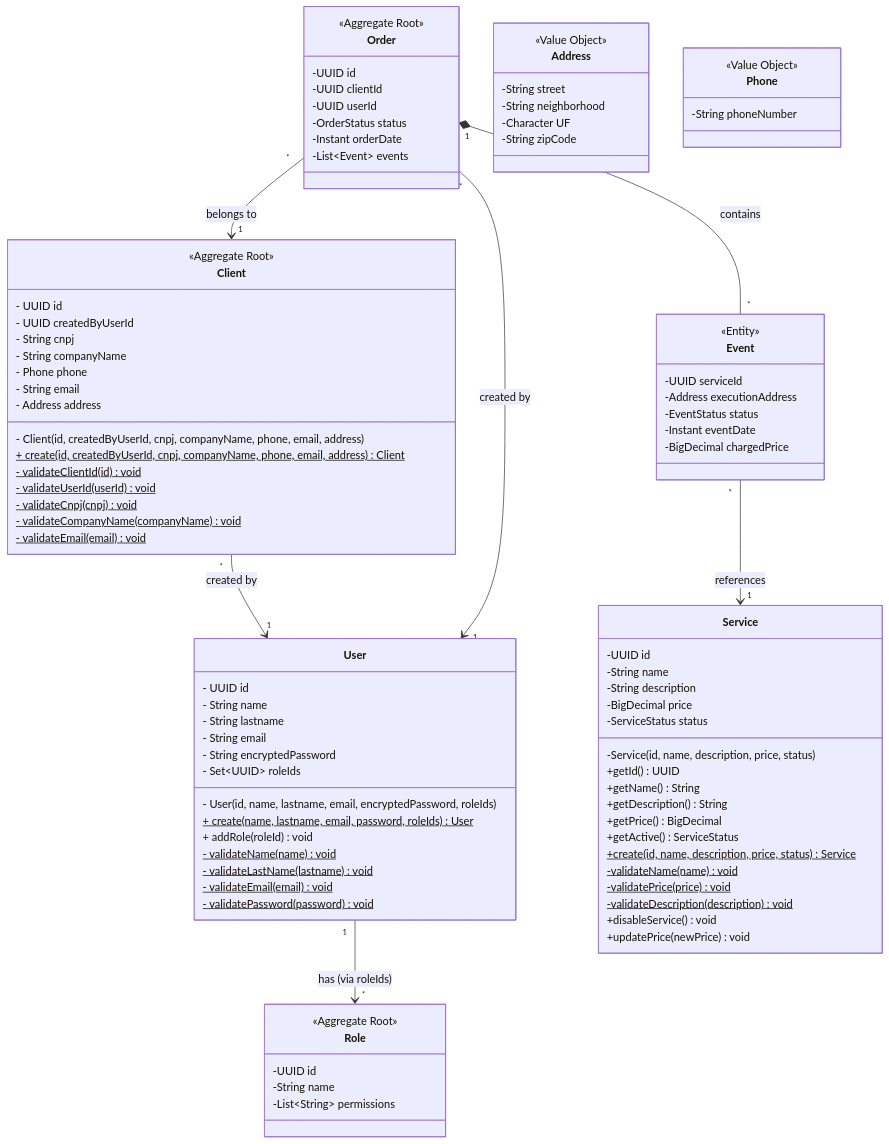
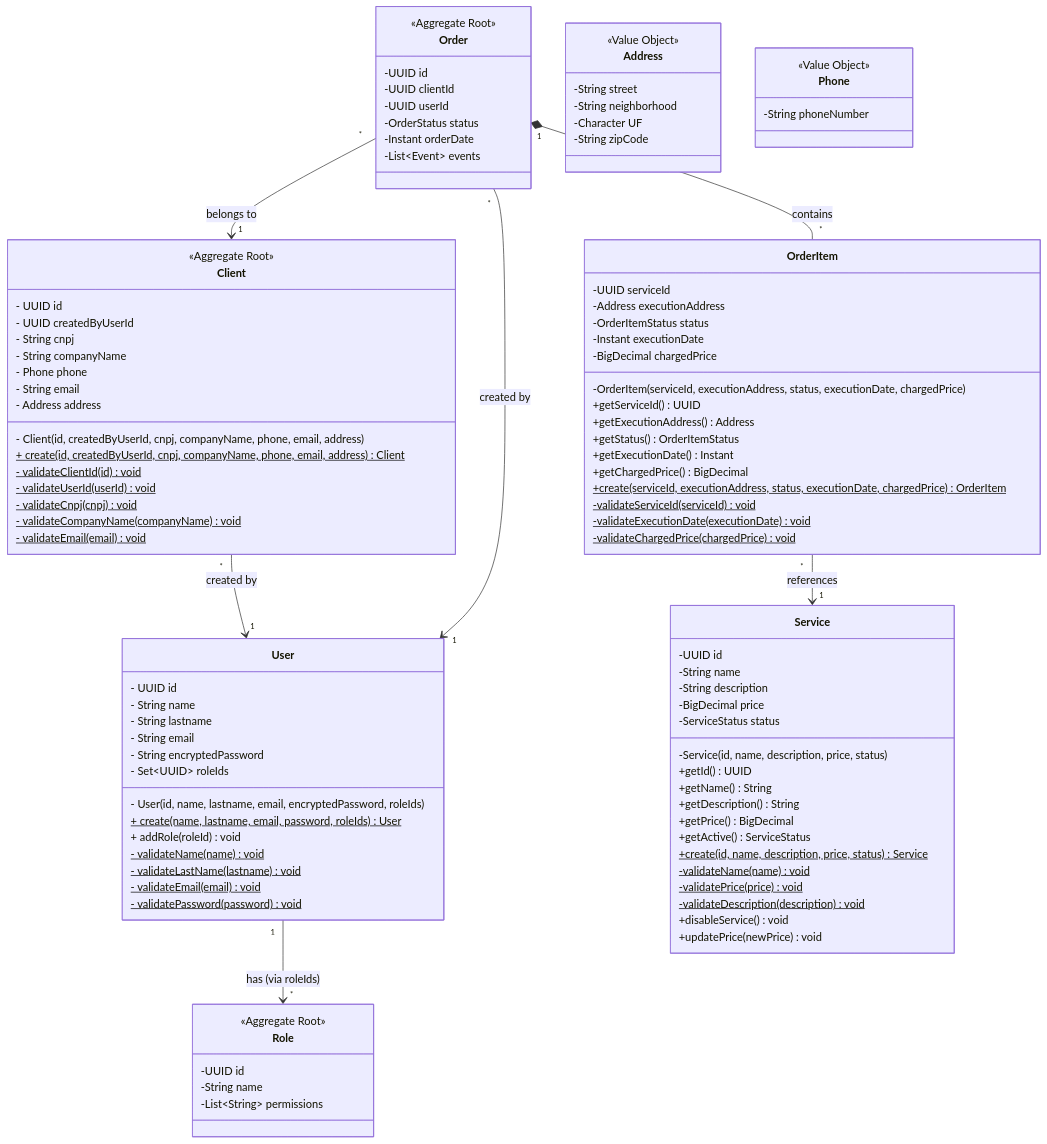
One commit to GibsonCS/speed changed the diagram in README.md. Above: the diagram before and after it, drawn with Mermaid.

Commit message:
docs(orderItem): update class diagram

````diff
--- a/README.md
+++ b/README.md
@@ -54,13 +54,26 @@
         -List~Event~ events
     }
 
-    class Event {
-        <<Entity>>
+    class OrderItem {
         -UUID serviceId
         -Address executionAddress
-        -EventStatus status
-        -Instant eventDate
+        -OrderItemStatus status
+        -Instant executionDate
         -BigDecimal chargedPrice
+        
+        -OrderItem(serviceId, executionAddress, status, executionDate, chargedPrice)
+        
+        +getServiceId() UUID
+        +getExecutionAddress() Address
+        +getStatus() OrderItemStatus
+        +getExecutionDate() Instant
+        +getChargedPrice() BigDecimal
+        
+        +create(serviceId, executionAddress, status, executionDate, chargedPrice)$ OrderItem
+        
+        -validateServiceId(serviceId)$ void
+        -validateExecutionDate(executionDate)$ void
+        -validateChargedPrice(chargedPrice)$ void
     }
 
     class Service {
@@ -100,6 +113,6 @@
     Client "*" --> "1" User : created by
     Order "*" --> "1" User : created by
     Order "*" --> "1" Client : belongs to
-    Order "1" *-- "*" Event : contains
-    Event "*" --> "1" Service : references
+    Order "1" *-- "*" OrderItem : contains
+    OrderItem "*" --> "1" Service : references
 ```
````
